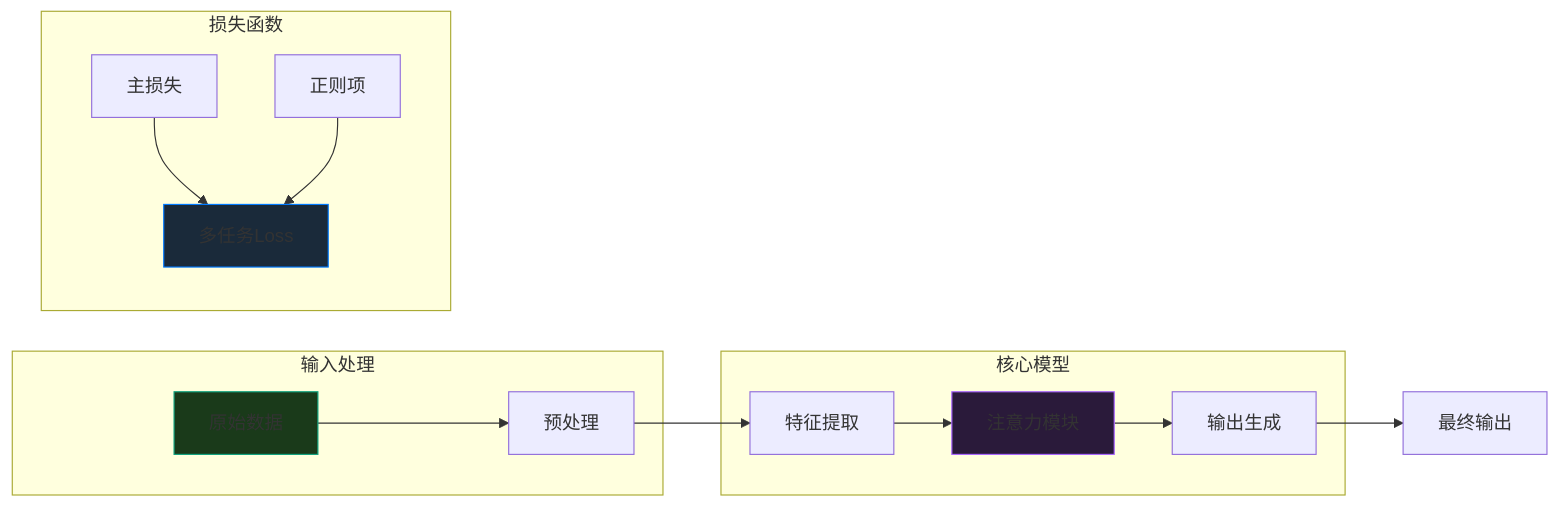
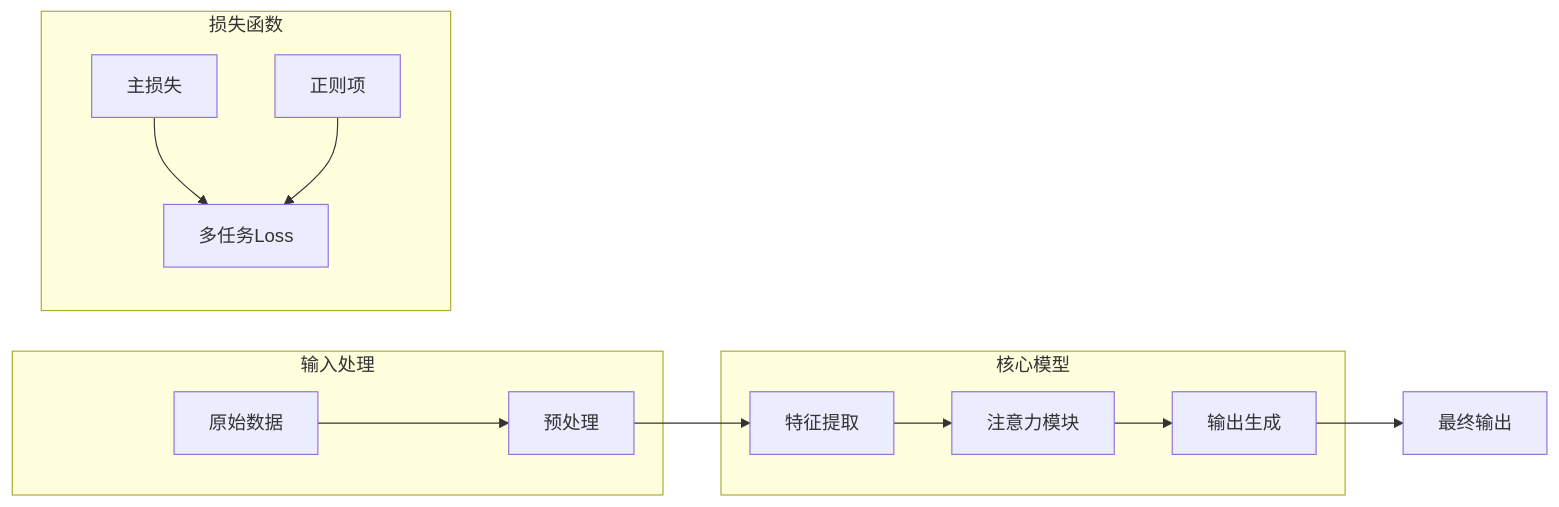
The third of 3 diagrams in src/content/docs/figures/tools.mdx (yiweinanzi/ai-research-ebook), drawn with Mermaid before and after one commit. The commit also changed other lines of this file and 8 other files, not shown here.

First line of the commit message:
feat: enhance homepage and diagram scripts

````diff
--- a/src/content/docs/figures/tools.mdx
+++ b/src/content/docs/figures/tools.mdx
@@ -142,23 +137,20 @@
 ```mermaid
 flowchart LR
     subgraph 输入处理
         A[原始数据] --> B[预处理]
     end
 
     subgraph 核心模型
         B --> C[特征提取]
         C --> D[注意力模块]
         D --> E[输出生成]
     end
 
     subgraph 损失函数
         F[主损失] --> G[多任务Loss]
         H[正则项] --> G
     end
 
     E --> I[最终输出]
 
-    style A fill:#1a3a1a,stroke:#10a37f
-    style D fill:#2a1a3a,stroke:#ab68ff
-    style G fill:#1a2a3a,stroke:#007aff
 ```
````
